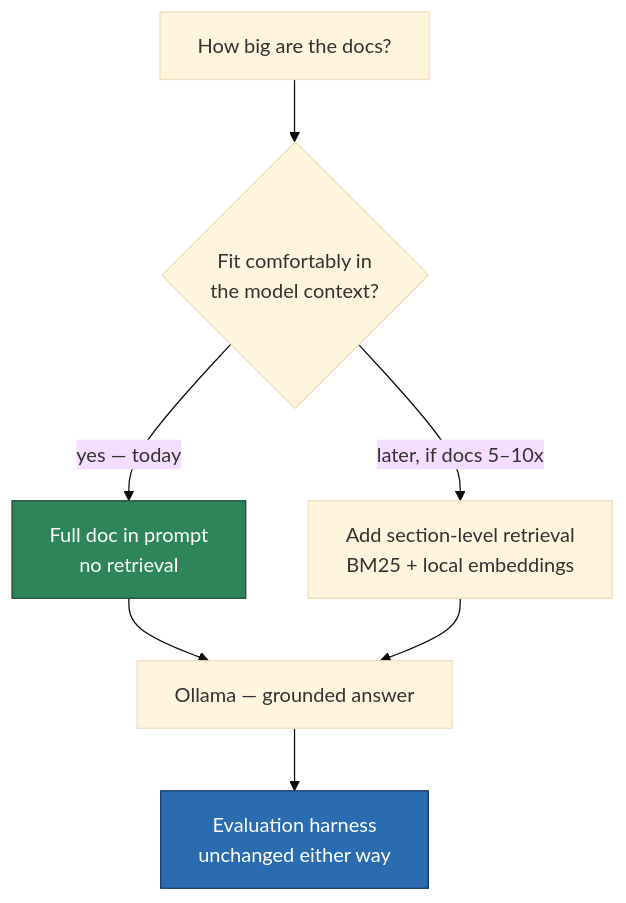
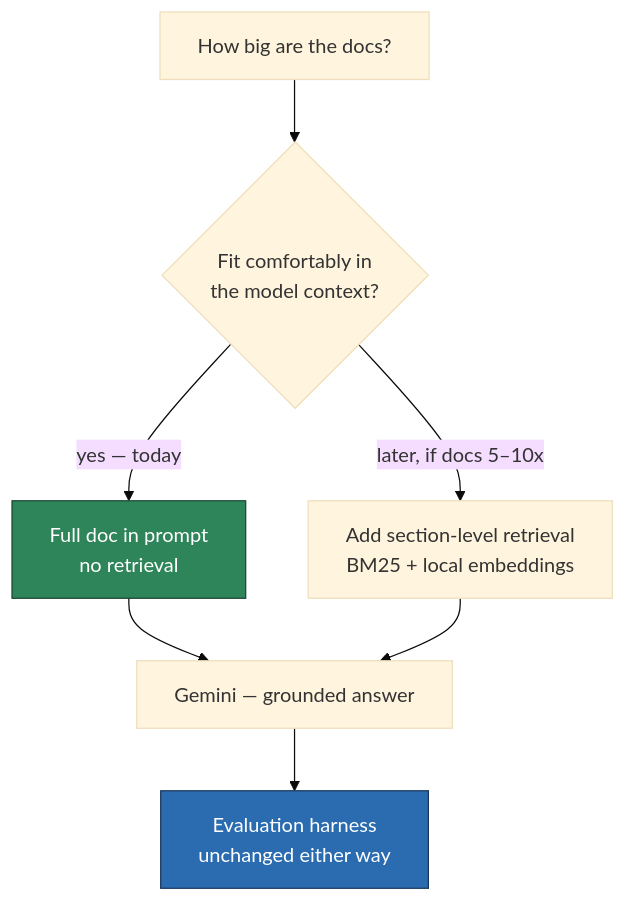
Before and after one commit to troymerales/sugbo-chatbot: the second of 11 diagrams in SugboDoc-Chatbot-Flowchart.md, drawn with Mermaid (base theme). The commit also changed other lines of this file and 48 other files, not shown here.

````diff
--- a/SugboDoc-Chatbot-Flowchart.md
+++ b/SugboDoc-Chatbot-Flowchart.md
@@ -46,12 +53,12 @@
 ```mermaid
 flowchart TD
     Q[How big are the docs?] --> A{Fit comfortably in<br/>the model context?}
     A -->|yes — today| F1[Full doc in prompt<br/>no retrieval]
     A -->|later, if docs 5–10x| F2[Add section-level retrieval<br/>BM25 + local embeddings]
-    F1 --> GEN[Ollama — grounded answer]
+    F1 --> GEN[Gemini — grounded answer]
     F2 --> GEN
     GEN --> EVAL[Evaluation harness<br/>unchanged either way]
 
     style F1 fill:#2f855a,stroke:#1a4731,color:#fff
     style EVAL fill:#2b6cb0,stroke:#1a365d,color:#fff
 ```
````
